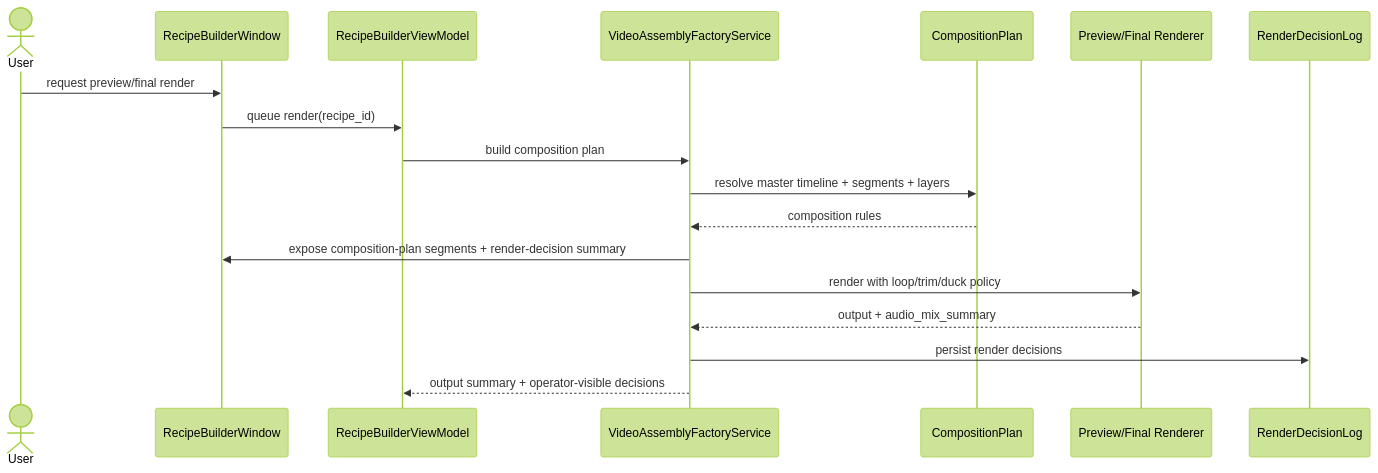
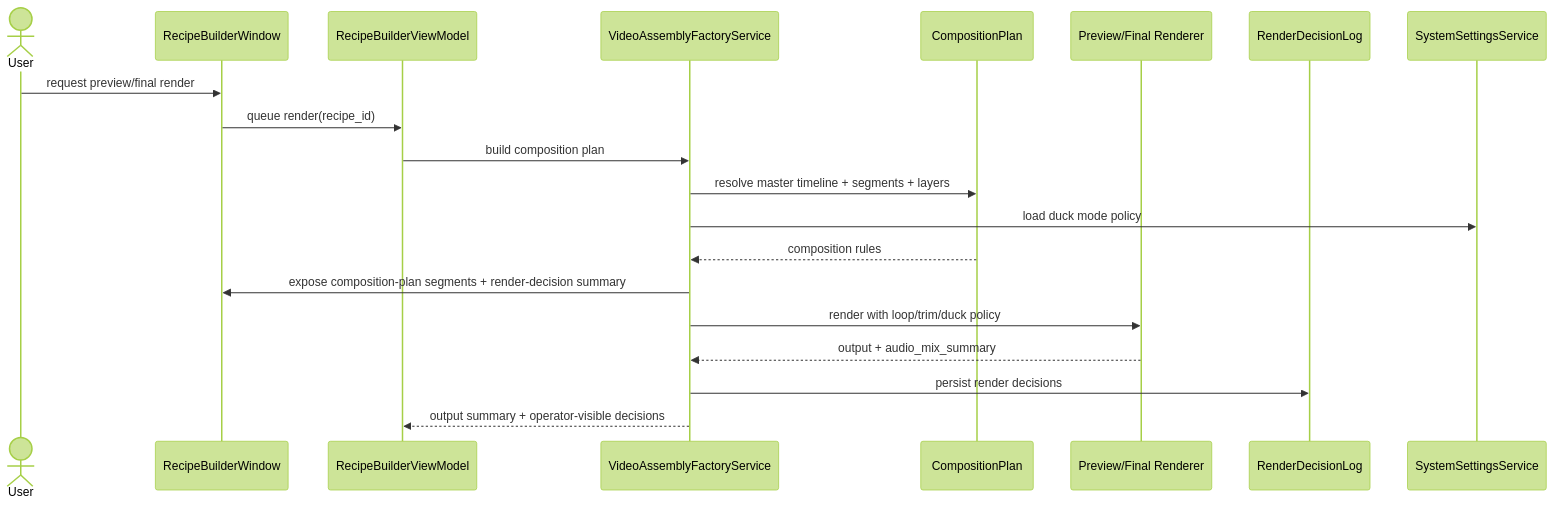
Diagram 13 of 13 in doc/10_UML_System_Overview.md (idev006/MTClipFactory), drawn with Mermaid (forest theme) before and after one commit. The commit also changed other lines of this file and 23 other files, not shown here.

````diff
--- a/doc/10_UML_System_Overview.md
+++ b/doc/10_UML_System_Overview.md
@@ -511,21 +513,23 @@
 ```mermaid
 sequenceDiagram
     actor User
     participant View as RecipeBuilderWindow
     participant VM as RecipeBuilderViewModel
     participant Factory as VideoAssemblyFactoryService
     participant Plan as CompositionPlan
     participant Render as Preview/Final Renderer
     participant Audit as RenderDecisionLog
+    participant Settings as SystemSettingsService
 
     User->>View: request preview/final render
     View->>VM: queue render(recipe_id)
     VM->>Factory: build composition plan
     Factory->>Plan: resolve master timeline + segments + layers
+    Factory->>Settings: load duck mode policy
     Plan-->>Factory: composition rules
     Factory->>View: expose composition-plan segments + render-decision summary
     Factory->>Render: render with loop/trim/duck policy
     Render-->>Factory: output + audio_mix_summary
     Factory->>Audit: persist render decisions
     Factory-->>VM: output summary + operator-visible decisions
 ```
````
